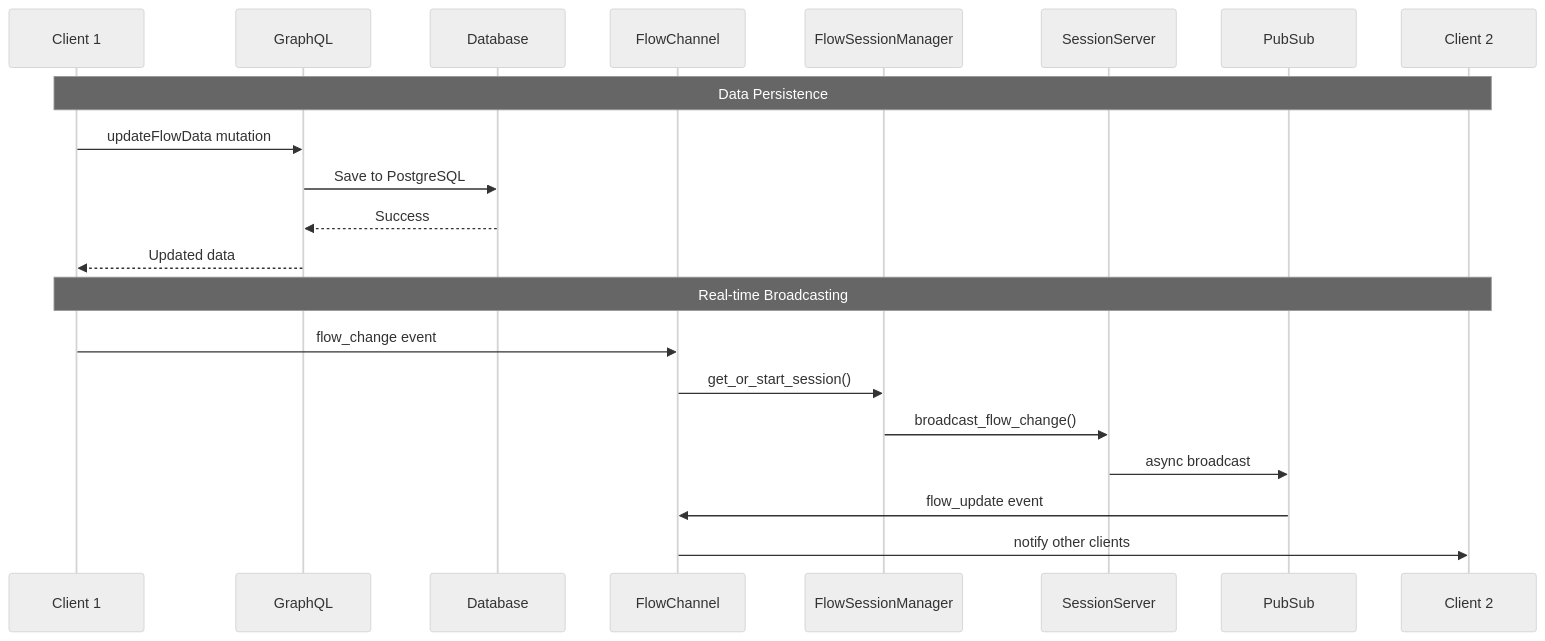
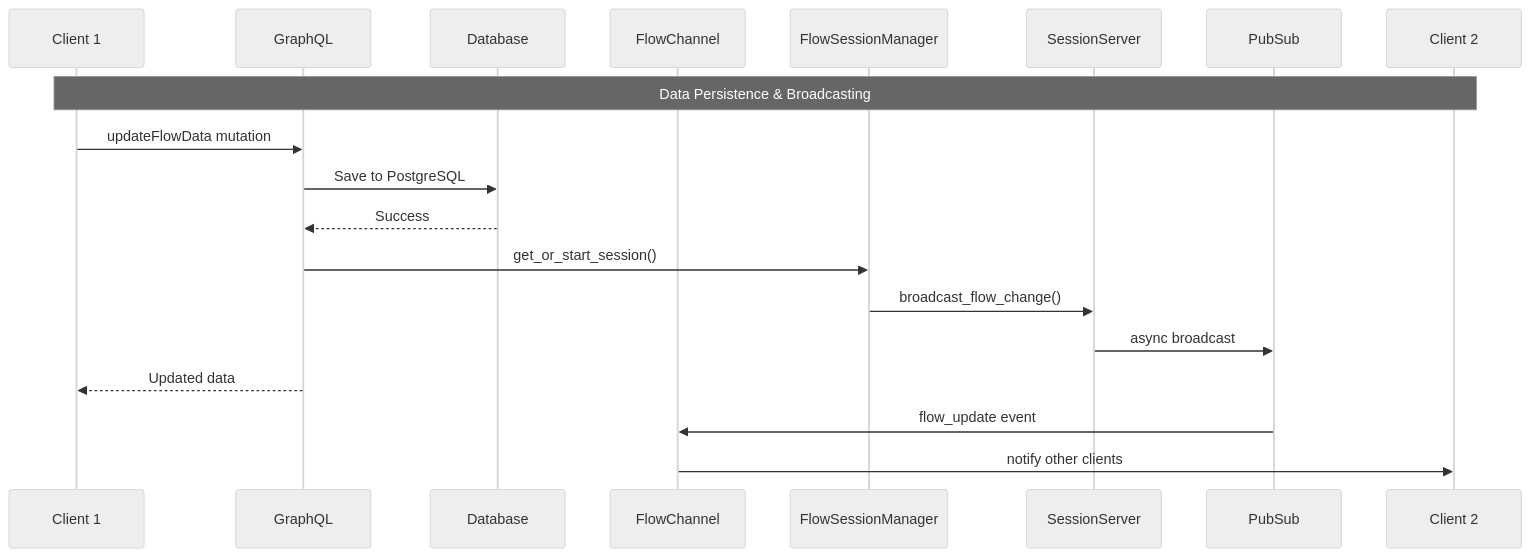
One commit to ccarvalho-eng/helix changed the third of 3 diagrams in docs/architecture.md. Above: the diagram before and after it, drawn with Mermaid. The commit also changed other lines of this file and 6 other files, not shown here.

````diff
--- a/docs/architecture.md
+++ b/docs/architecture.md
@@ -124,26 +124,23 @@
 ```mermaid
 %%{init: {'theme':'neutral'}}%%
 sequenceDiagram
     participant C1 as Client 1
     participant GQL as GraphQL
     participant DB as Database
     participant FC as FlowChannel
     participant FSM as FlowSessionManager
     participant SS as SessionServer
     participant PUB as PubSub
     participant C2 as Client 2
 
-    Note over C1,C2: Data Persistence
+    Note over C1,C2: Data Persistence & Broadcasting
     C1->>GQL: updateFlowData mutation
     GQL->>DB: Save to PostgreSQL
     DB-->>GQL: Success
-    GQL-->>C1: Updated data
-
-    Note over C1,C2: Real-time Broadcasting
-    C1->>FC: flow_change event
-    FC->>FSM: get_or_start_session()
+    GQL->>FSM: get_or_start_session()
     FSM->>SS: broadcast_flow_change()
     SS->>PUB: async broadcast
+    GQL-->>C1: Updated data
     PUB->>FC: flow_update event
     FC->>C2: notify other clients
 ```
````
